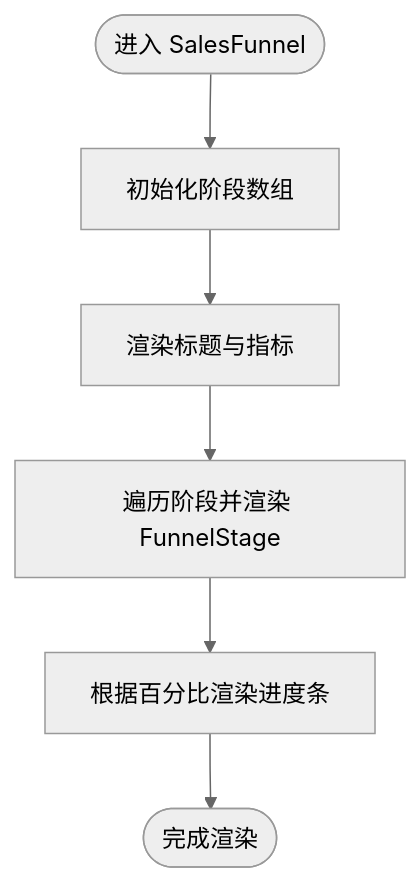
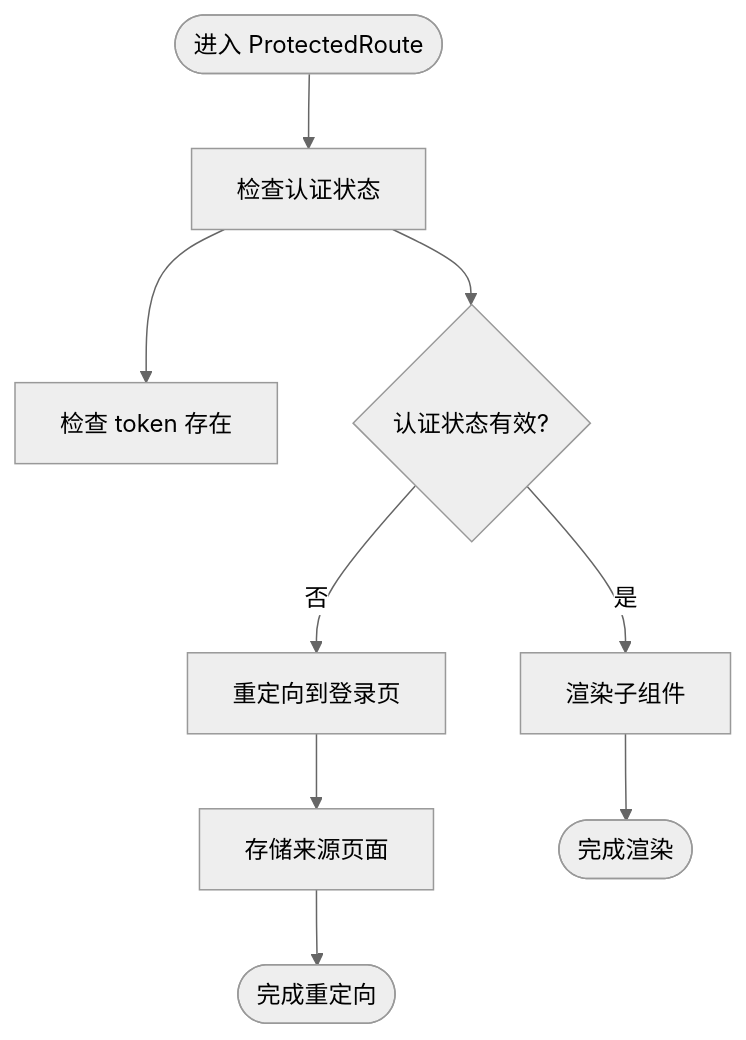
Before and after one commit to xianjianshenqu/SalesFlow-CRM: the fourth of 6 diagrams in .qoder/repowiki/zh/content/开发指南/开发指南.md, drawn with Mermaid (neutral theme). The commit also changed other lines of this file and 17 other files, not shown here.

````diff
--- a/.qoder/repowiki/zh/content/开发指南/开发指南.md
+++ b/.qoder/repowiki/zh/content/开发指南/开发指南.md
@@ -228,8 +247,11 @@
 ```mermaid
 flowchart TD
-Start(["进入 SalesFunnel"]) --> InitStages["初始化阶段数组"]
-InitStages --> RenderHeader["渲染标题与指标"]
-RenderHeader --> MapStages["遍历阶段并渲染 FunnelStage"]
-MapStages --> RenderProgress["根据百分比渲染进度条"]
-RenderProgress --> End(["完成渲染"])
+Start(["进入 ProtectedRoute"]) --> CheckAuth["检查认证状态"]
+CheckAuth --> CheckToken["检查 token 存在"]
+CheckAuth --> TokenValid{"认证状态有效?"}
+TokenValid --> |是| RenderChildren["渲染子组件"]
+TokenValid --> |否| RedirectLogin["重定向到登录页"]
+RedirectLogin --> StoreLocation["存储来源页面"]
+StoreLocation --> End(["完成重定向"])
+RenderChildren --> End2(["完成渲染"])
 ```
````
